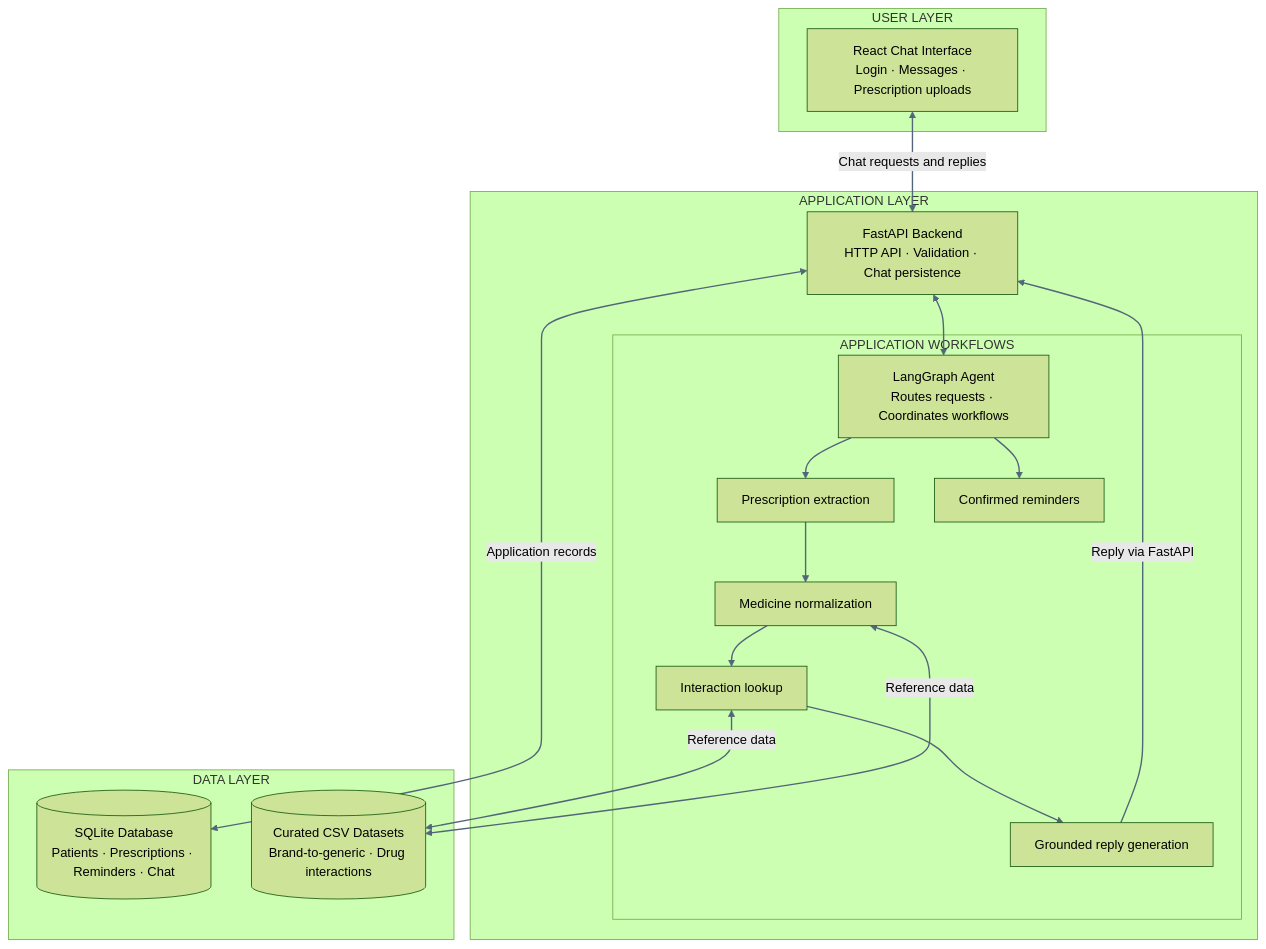
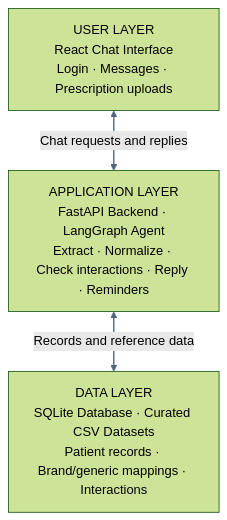
Before and after one commit to prangggshu/MedBuddy: the diagram in docs/diagrams/system-architecture.mmd, drawn with Mermaid (forest theme). The commit also changed 1 other file, not shown here.

```diff
--- a/docs/diagrams/system-architecture.mmd
+++ b/docs/diagrams/system-architecture.mmd
@@ -1,32 +1,9 @@
-flowchart TB
-    subgraph USER["USER LAYER"]
-        UI["React Chat Interface<br/>Login · Messages · Prescription uploads"]
-    end
+flowchart TD
+    USER["USER LAYER<br/>React Chat Interface<br/>Login · Messages · Prescription uploads"]
+    APP["APPLICATION LAYER<br/>FastAPI Backend · LangGraph Agent<br/>Extract · Normalize · Check interactions · Reply · Reminders"]
+    DATA["DATA LAYER<br/>SQLite Database · Curated CSV Datasets<br/>Patient records · Brand/generic mappings · Interactions"]
 
-    subgraph APP["APPLICATION LAYER"]
-        API["FastAPI Backend<br/>HTTP API · Validation · Chat persistence"]
-        AGENT["LangGraph Agent<br/>Routes requests · Coordinates workflows"]
-        subgraph WORKFLOWS["APPLICATION WORKFLOWS"]
-            EXTRACT["Prescription extraction"]
-            NORMALIZE["Medicine normalization"]
-            INTERACTIONS["Interaction lookup"]
-            REMINDERS["Confirmed reminders"]
-            REPLY["Grounded reply generation"]
-            EXTRACT --> NORMALIZE --> INTERACTIONS --> REPLY
-            AGENT --> EXTRACT
-            AGENT --> REMINDERS
-        end
-        API <--> AGENT
-    end
+    USER <-->|Chat requests and replies| APP
+    APP <-->|Records and reference data| DATA
 
-    subgraph DATA["DATA LAYER"]
-        DB[("SQLite Database<br/>Patients · Prescriptions · Reminders · Chat")]
-        CSV[("Curated CSV Datasets<br/>Brand-to-generic · Drug interactions")]
-    end
-
-    UI <-->|Chat requests and replies| API
-    REPLY -->|Reply via FastAPI| API
-    API <-->|Application records| DB
-    INTERACTIONS <-->|Reference data| CSV
-    NORMALIZE <-->|Reference data| CSV
     linkStyle default stroke:#526579,stroke-width:1.7px
```
